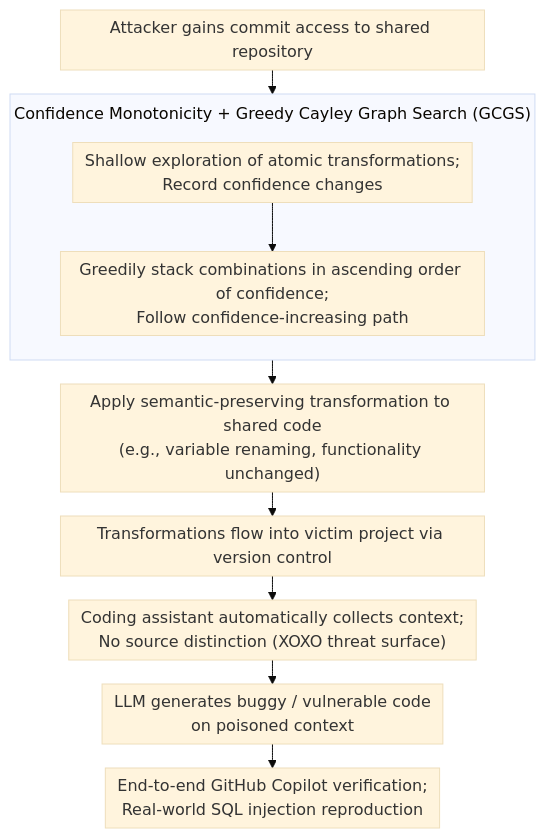
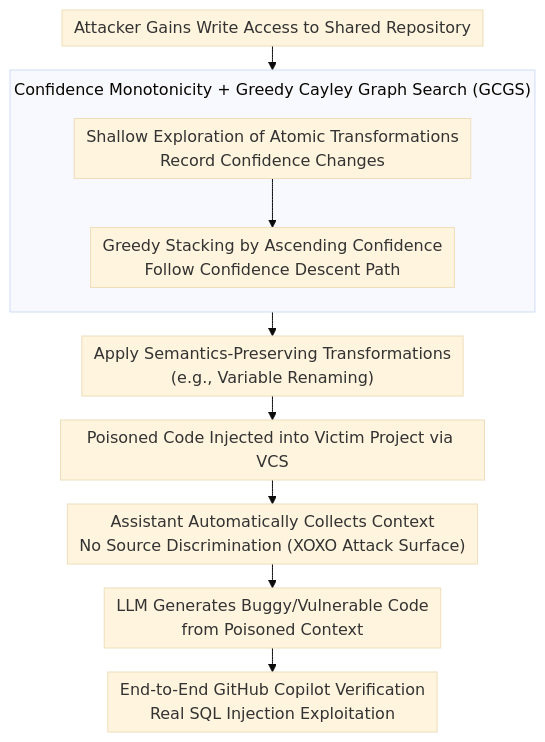
One commit to zhaoyang97/Paper-Notes-en changed the diagram in docs/ACL2026/llm_safety/xoxo_stealthy_cross-origin_context_poisoning_attacks_against_ai_coding_assistant.md. Above: the diagram before and after it, drawn with Mermaid (base theme). The commit also changed other lines of this file and 5084 other files, not shown here.

````diff
--- a/docs/ACL2026/llm_safety/xoxo_stealthy_cross-origin_context_poisoning_attacks_against_ai_coding_assistant.md
+++ b/docs/ACL2026/llm_safety/xoxo_stealthy_cross-origin_context_poisoning_attacks_against_ai_coding_assistant.md
@@ -44,14 +44,14 @@
 ```mermaid
 %%{init: {'flowchart': {'rankSpacing': 24, 'nodeSpacing': 28, 'padding': 6, 'wrappingWidth': 400, 'subGraphTitleMargin': {'top': 8, 'bottom': 16}}}}%%
 flowchart TD
-    A["Attacker gains commit access to shared repository"] --> GCGS
+    A["Attacker Gains Write Access to Shared Repository"] --> GCGS
     subgraph GCGS["Confidence Monotonicity + Greedy Cayley Graph Search (GCGS)"]
         direction TB
-        B["Shallow exploration of atomic transformations;<br/>Record confidence changes"] --> C["Greedily stack combinations in ascending order of confidence;<br/>Follow confidence-increasing path"]
+        B["Shallow Exploration of Atomic Transformations<br/>Record Confidence Changes"] --> C["Greedy Stacking by Ascending Confidence<br/>Follow Confidence Descent Path"]
     end
-    GCGS --> D["Apply semantic-preserving transformation to shared code<br/>(e.g., variable renaming, functionality unchanged)"]
-    D --> E["Transformations flow into victim project via version control"]
-    E --> F["Coding assistant automatically collects context;<br/>No source distinction (XOXO threat surface)"]
-    F --> G["LLM generates buggy / vulnerable code<br/>on poisoned context"]
-    G --> H["End-to-end GitHub Copilot verification;<br/>Real-world SQL injection reproduction"]
+    GCGS --> D["Apply Semantics-Preserving Transformations<br/>(e.g., Variable Renaming)"]
+    D --> E["Poisoned Code Injected into Victim Project via VCS"]
+    E --> F["Assistant Automatically Collects Context<br/>No Source Discrimination (XOXO Attack Surface)"]
+    F --> G["LLM Generates Buggy/Vulnerable Code<br/>from Poisoned Context"]
+    G --> H["End-to-End GitHub Copilot Verification<br/>Real SQL Injection Exploitation"]
 ```
````
